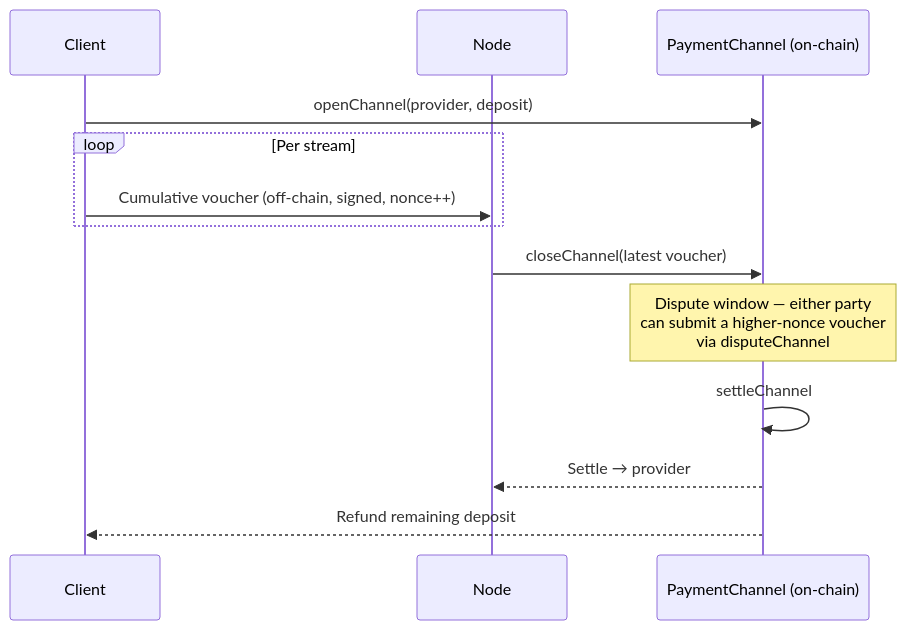
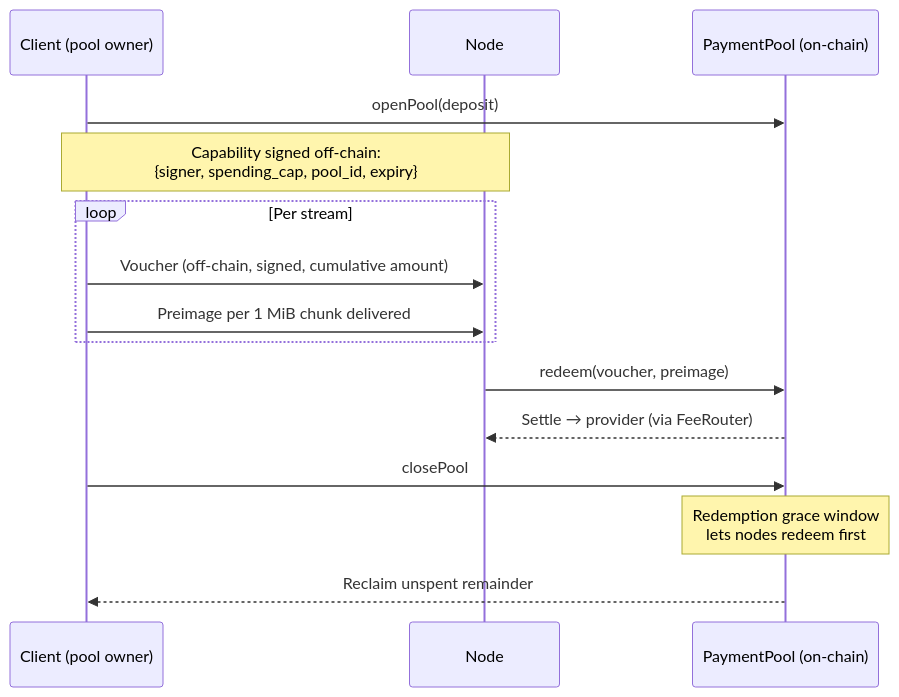
The diagram in docs/protocol/payments.mdx (decdn/website), drawn with Mermaid before and after one commit. The commit also changed other lines of this file and 13 other files, not shown here.

````diff
--- a/docs/protocol/payments.mdx
+++ b/docs/protocol/payments.mdx
@@ -12,16 +14,18 @@
 ```mermaid
 sequenceDiagram
-    participant C as Client
+    participant C as Client (pool owner)
     participant N as Node
-    participant CH as PaymentChannel (on-chain)
+    participant P as PaymentPool (on-chain)
 
-    C->>CH: openChannel(provider, deposit)
+    C->>P: openPool(deposit)
+    Note over C,N: Capability signed off-chain:<br/>{signer, spending_cap, pool_id, expiry}
     loop Per stream
-        C->>N: Cumulative voucher (off-chain, signed, nonce++)
+        C->>N: Voucher (off-chain, signed, cumulative amount)
+        C->>N: Preimage per 1 MiB chunk delivered
     end
-    N->>CH: closeChannel(latest voucher)
-    Note over CH: Dispute window — either party<br/>can submit a higher-nonce voucher<br/>via disputeChannel
-    CH->>CH: settleChannel
-    CH-->>N: Settle → provider
-    CH-->>C: Refund remaining deposit
+    N->>P: redeem(voucher, preimage)
+    P-->>N: Settle → provider (via FeeRouter)
+    C->>P: closePool
+    Note over P: Redemption grace window<br/>lets nodes redeem first
+    P-->>C: Reclaim unspent remainder
 ```
````
